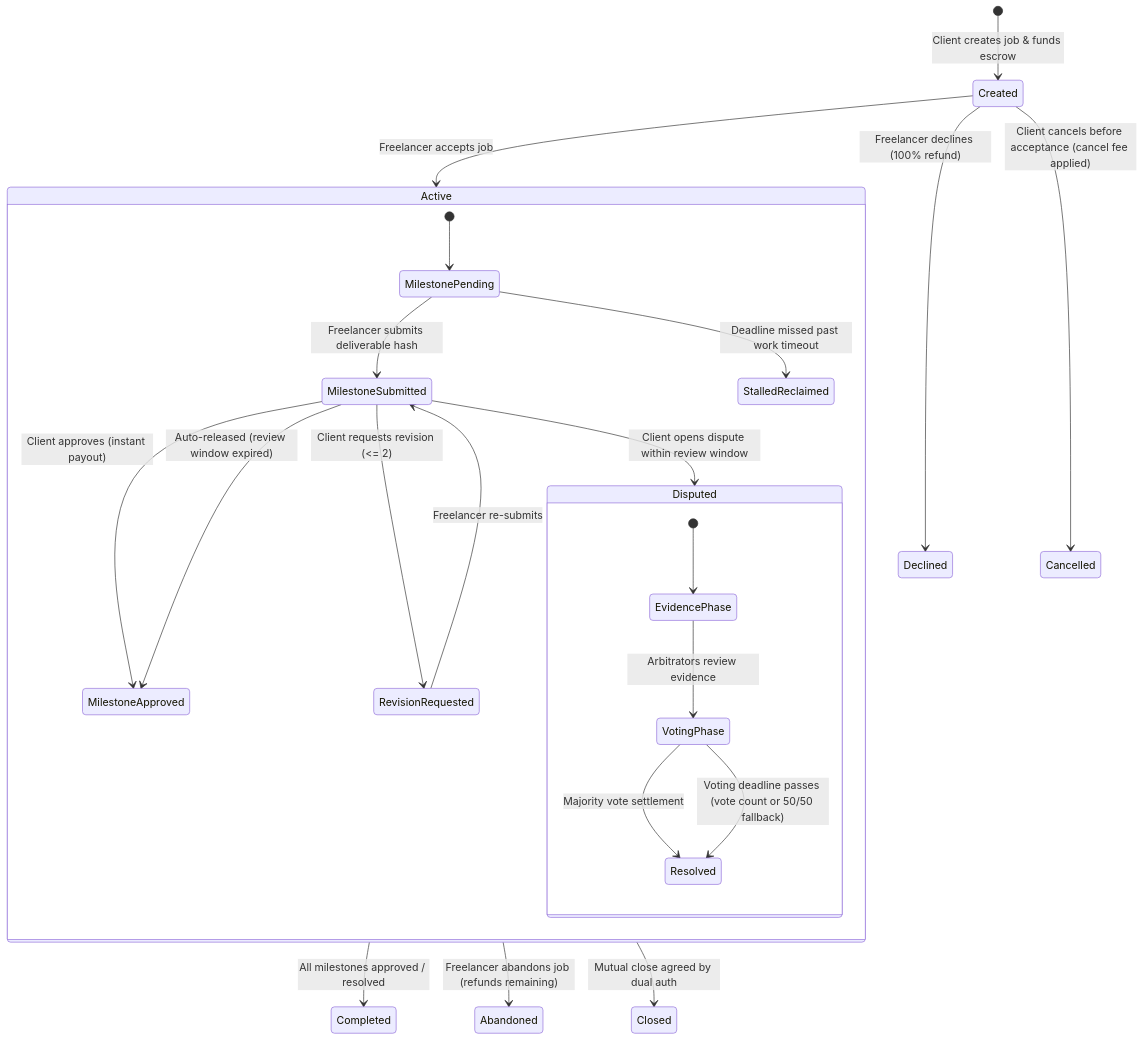
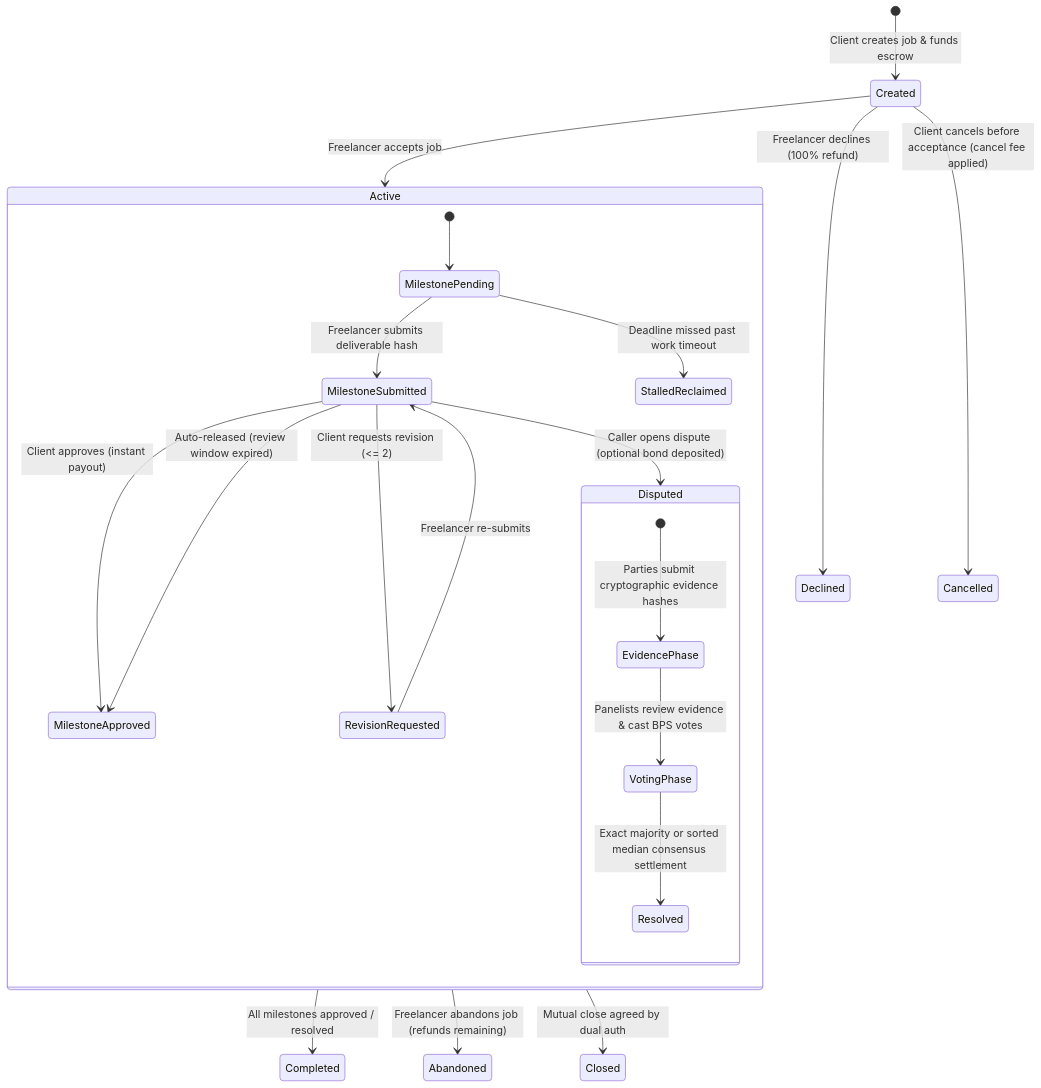
Before and after one commit to Escrow-FairLance/Gig-escrow-contracts: the second of 2 diagrams in README.md, drawn with Mermaid. The commit also changed other lines of this file, not shown here.

Commit message:
docs(readme): overhaul architecture diagrams, median consensus math, and security matrix

````diff
--- a/README.md
+++ b/README.md
@@ -34,29 +55,28 @@
 ```mermaid
 stateDiagram-v2
     [*] --> Created: Client creates job & funds escrow
     Created --> Active: Freelancer accepts job
     Created --> Declined: Freelancer declines (100% refund)
     Created --> Cancelled: Client cancels before acceptance (cancel fee applied)
 
     state Active {
         [*] --> MilestonePending
         MilestonePending --> MilestoneSubmitted: Freelancer submits deliverable hash
         MilestoneSubmitted --> MilestoneApproved: Client approves (instant payout)
         MilestoneSubmitted --> RevisionRequested: Client requests revision (<= 2)
         RevisionRequested --> MilestoneSubmitted: Freelancer re-submits
         MilestoneSubmitted --> MilestoneApproved: Auto-released (review window expired)
-        MilestoneSubmitted --> Disputed: Client opens dispute within review window
+        MilestoneSubmitted --> Disputed: Caller opens dispute (optional bond deposited)
         MilestonePending --> StalledReclaimed: Deadline missed past work timeout
     }
 
     state Disputed {
-        [*] --> EvidencePhase
-        EvidencePhase --> VotingPhase: Arbitrators review evidence
-        VotingPhase --> Resolved: Majority vote settlement
-        VotingPhase --> Resolved: Voting deadline passes (vote count or 50/50 fallback)
+        [*] --> EvidencePhase: Parties submit cryptographic evidence hashes
+        EvidencePhase --> VotingPhase: Panelists review evidence & cast BPS votes
+        VotingPhase --> Resolved: Exact majority or sorted median consensus settlement
     }
 
     Active --> Completed: All milestones approved / resolved
     Active --> Abandoned: Freelancer abandons job (refunds remaining)
     Active --> Closed: Mutual close agreed by dual auth
 ```
````
